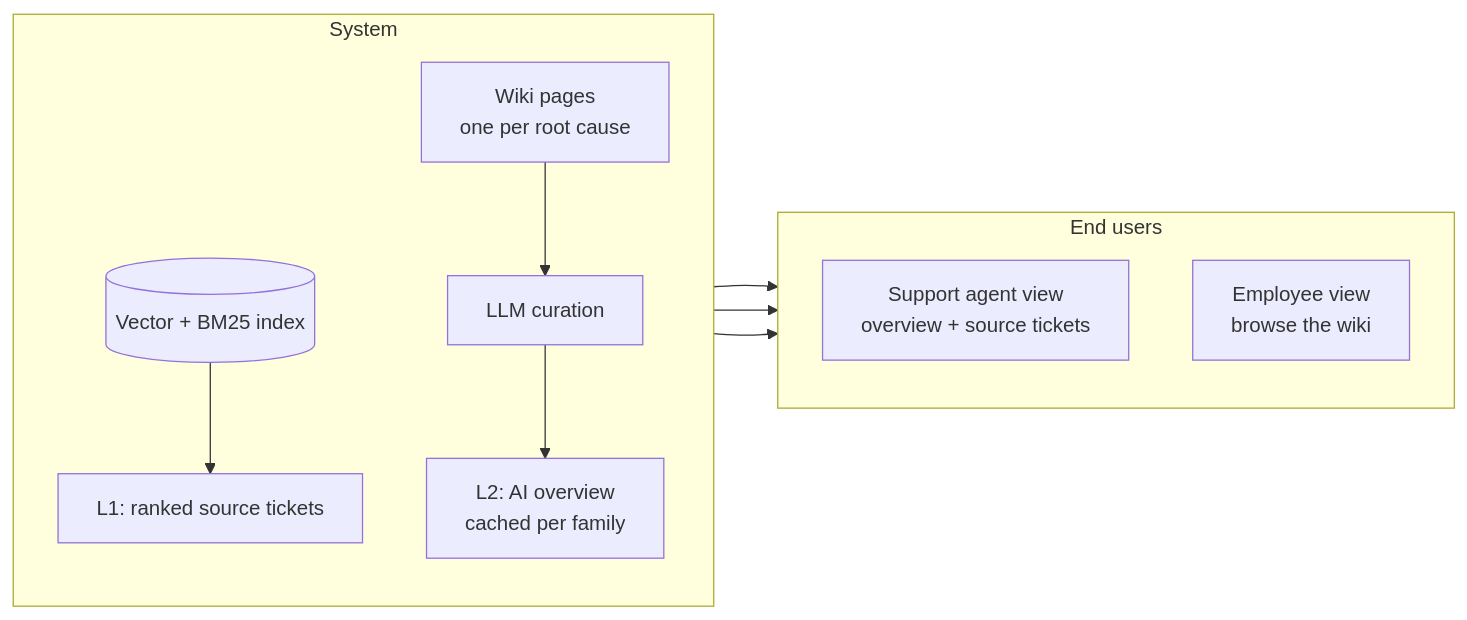
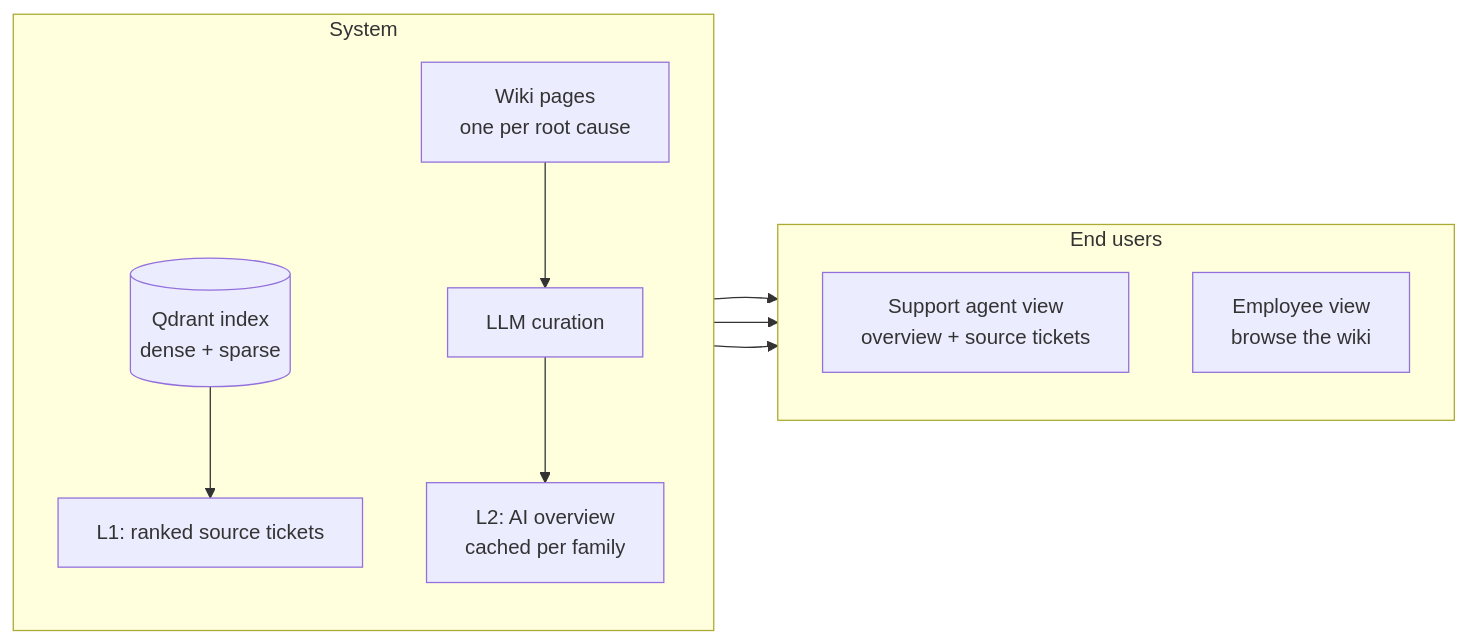
The first of 5 diagrams in ARCHITECTURE.md (ameau01/itsm-knowledge-rag), drawn with Mermaid before and after one commit. The commit also changed other lines of this file and 10 other files, not shown here.

````diff
--- a/ARCHITECTURE.md
+++ b/ARCHITECTURE.md
@@ -12,19 +12,19 @@
 ```mermaid
 flowchart LR
     subgraph SYS["System"]
         direction TB
-        IDX[("Vector + BM25 index")] --> L1["L1: ranked source tickets"]
+        IDX[("Qdrant index<br/>dense + sparse")] --> L1["L1: ranked source tickets"]
         WIKI["Wiki pages<br/>one per root cause"] --> LLM["LLM curation"]
         LLM --> AO["L2: AI overview<br/>cached per family"]
     end
 
     subgraph USERS["End users"]
         direction TB
         SUP["Support agent view<br/>overview + source tickets"]
         EMP["Employee view<br/>browse the wiki"]
     end
 
     AO --> SUP
     L1 --> SUP
     WIKI --> EMP
 ```
````
